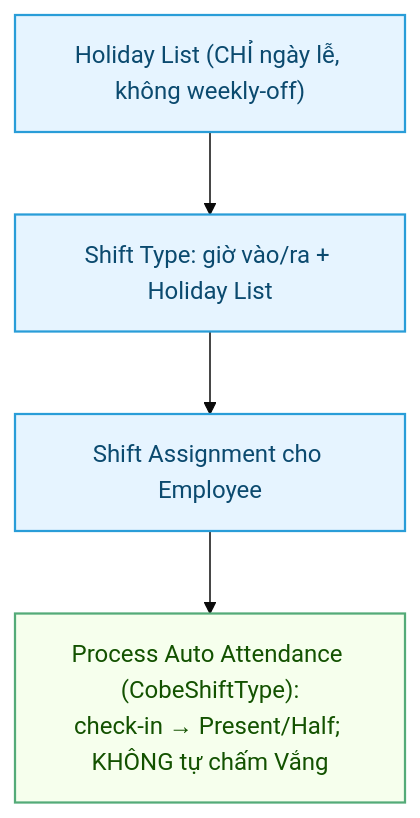
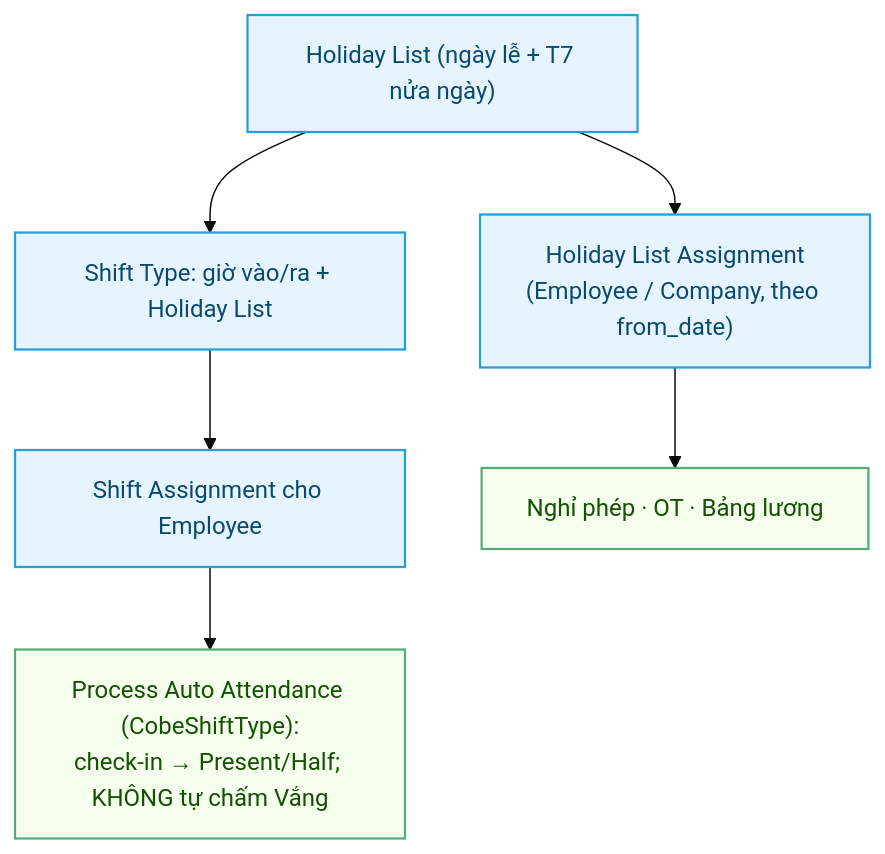
Before and after one commit to CobeGroup/cobe_erp_documents: the diagram in users/HR-Holiday-Shift-Setup.md, drawn with Mermaid. The commit also changed other lines of this file and 3 other files, not shown here.

````diff
--- a/users/HR-Holiday-Shift-Setup.md
+++ b/users/HR-Holiday-Shift-Setup.md
@@ -24,13 +28,15 @@
 ```mermaid
 %%{init: {'theme':'base','themeVariables':{'fontSize':'16px'},'flowchart':{'nodeSpacing':50,'rankSpacing':55}}}%%
 flowchart TD
   classDef process fill:#e6f4ff,stroke:#299dd8,stroke-width:1.5px,color:#0b4a6f;
   classDef good fill:#f6ffed,stroke:#54ab78,stroke-width:1.5px,color:#135200;
 
-  A["Holiday List (CHỈ ngày lễ, không weekly-off)"] --> C["Shift Type: giờ vào/ra + Holiday List"]
+  A["Holiday List (ngày lễ + T7 nửa ngày)"] --> C["Shift Type: giờ vào/ra + Holiday List"]
+  A --> B["Holiday List Assignment<br/>(Employee / Company, theo from_date)"]
   C --> D["Shift Assignment cho Employee"]
   D --> E["Process Auto Attendance (CobeShiftType):<br/>check-in → Present/Half; KHÔNG tự chấm Vắng"]
+  B --> F["Nghỉ phép · OT · Bảng lương"]
 
-  class A,C,D process
-  class E good
+  class A,B,C,D process
+  class E,F good
 ```
````
